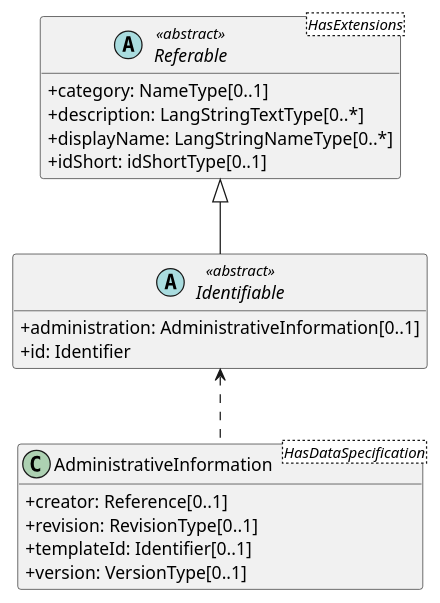
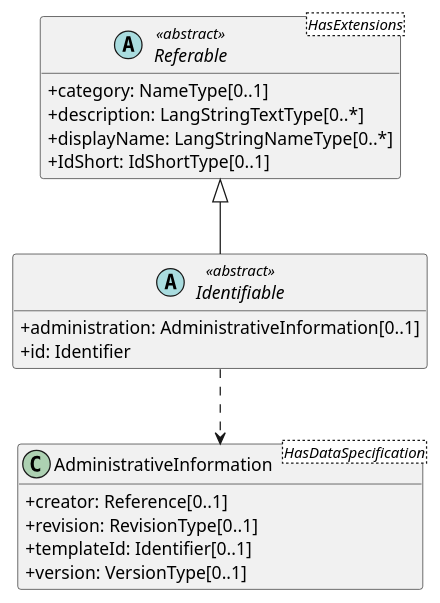
One commit to zrgt/py2puml changed the diagram in output/19_Referable.puml. Above: the diagram before and after it, drawn with PlantUML. The commit also changed 50 other files, not shown here.

```diff
--- a/output/19_Referable.puml
+++ b/output/19_Referable.puml
@@ -1,23 +1,23 @@
 @startuml
 skinparam classAttributeIconSize 0
 hide methods
 
 abstract class Referable<HasExtensions> <<abstract>> {
   +category: NameType[0..1] 
   +description: LangStringTextType[0..*] 
   +displayName: LangStringNameType[0..*] 
-  +idShort: idShortType[0..1] 
+  +IdShort: IdShortType[0..1] 
 }
 abstract class Identifiable <<abstract>> {
   +administration: AdministrativeInformation[0..1] 
   +id: Identifier 
 }
 class AdministrativeInformation<HasDataSpecification> {
   +creator: Reference[0..1] 
   +revision: RevisionType[0..1] 
   +templateId: Identifier[0..1] 
   +version: VersionType[0..1] 
 }
-Identifiable <.. AdministrativeInformation
+Identifiable ..> AdministrativeInformation
 Referable <|-- Identifiable
 @enduml
```
